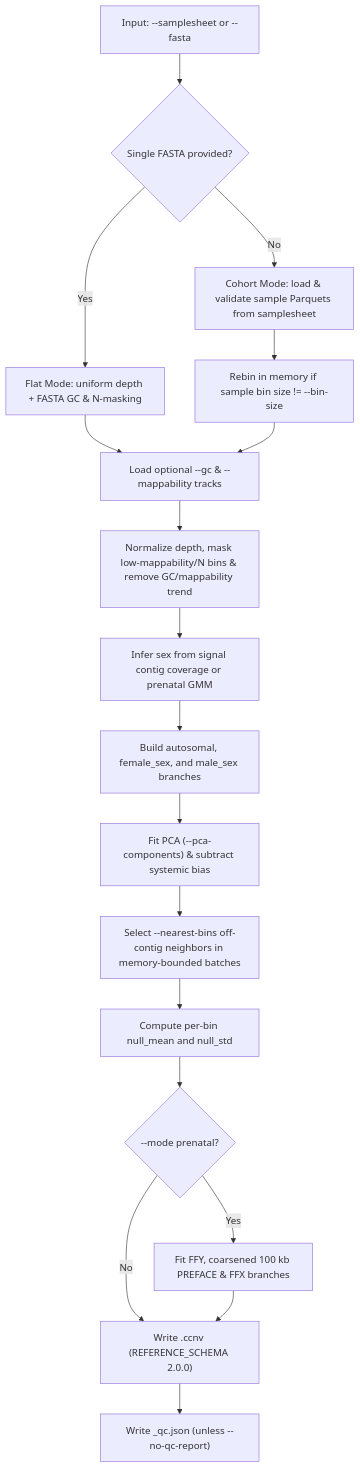
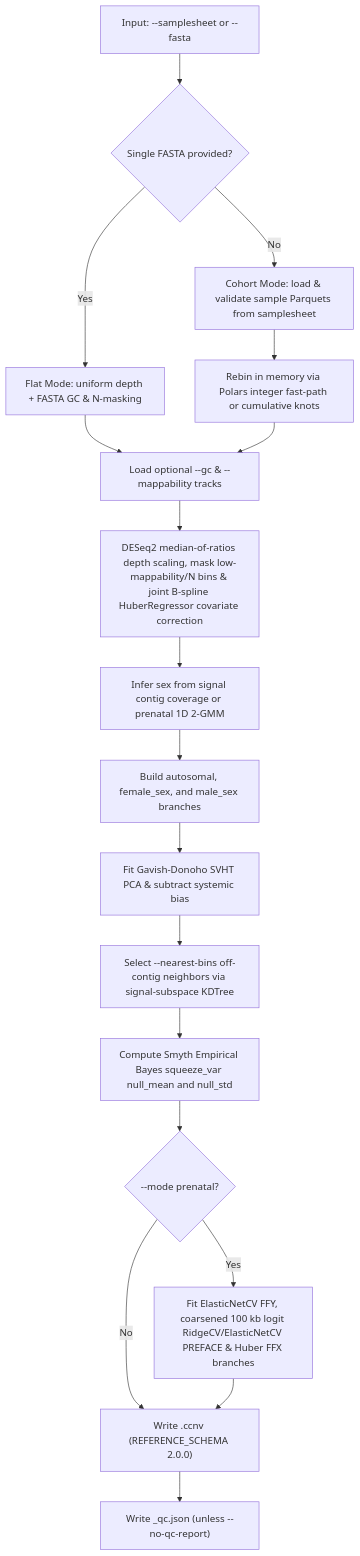
One commit to matthdsm/ccnv changed the third of 4 diagrams in docs/pipeline.md. Above: the diagram before and after it, drawn with Mermaid. The commit also changed other lines of this file and 9 other files, not shown here.

````diff
--- a/docs/pipeline.md
+++ b/docs/pipeline.md
@@ -55,20 +55,20 @@
 ```mermaid
 flowchart TD
     InputArg["Input: --samplesheet or --fasta"] --> ModeDecision{"Single FASTA provided?"}
     ModeDecision -- Yes --> FlatMode["Flat Mode: uniform depth + FASTA GC & N-masking"]
     ModeDecision -- No --> CohortMode["Cohort Mode: load & validate sample Parquets from samplesheet"]
-    CohortMode --> RebinCheck["Rebin in memory if sample bin size != --bin-size"]
+    CohortMode --> RebinCheck["Rebin in memory via Polars integer fast-path or cumulative knots"]
     FlatMode --> CovTrack["Load optional --gc & --mappability tracks"]
     RebinCheck --> CovTrack
-    CovTrack --> DepthNorm["Normalize depth, mask low-mappability/N bins & remove GC/mappability trend"]
-    DepthNorm --> SexInference["Infer sex from signal contig coverage or prenatal GMM"]
+    CovTrack --> DepthNorm["DESeq2 median-of-ratios depth scaling, mask low-mappability/N bins & joint B-spline HuberRegressor covariate correction"]
+    DepthNorm --> SexInference["Infer sex from signal contig coverage or prenatal 1D 2-GMM"]
     SexInference --> BranchPartition["Build autosomal, female_sex, and male_sex branches"]
-    BranchPartition --> FitPCA["Fit PCA (--pca-components) & subtract systemic bias"]
-    FitPCA --> FitNearest["Select --nearest-bins off-contig neighbors in memory-bounded batches"]
-    FitNearest --> FitNull["Compute per-bin null_mean and null_std"]
+    BranchPartition --> FitPCA["Fit Gavish-Donoho SVHT PCA & subtract systemic bias"]
+    FitPCA --> FitNearest["Select --nearest-bins off-contig neighbors via signal-subspace KDTree"]
+    FitNearest --> FitNull["Compute Smyth Empirical Bayes squeeze_var null_mean and null_std"]
     FitNull --> PrenatalCheck{"--mode prenatal?"}
-    PrenatalCheck -- Yes --> FitPrenatal["Fit FFY, coarsened 100 kb PREFACE & FFX branches"]
+    PrenatalCheck -- Yes --> FitPrenatal["Fit ElasticNetCV FFY, coarsened 100 kb logit RidgeCV/ElasticNetCV PREFACE & Huber FFX branches"]
     PrenatalCheck -- No --> WriteRef["Write <prefix>.ccnv (REFERENCE_SCHEMA 2.0.0)"]
     FitPrenatal --> WriteRef
     WriteRef --> WriteQC["Write <prefix>_qc.json (unless --no-qc-report)"]
 ```
````
